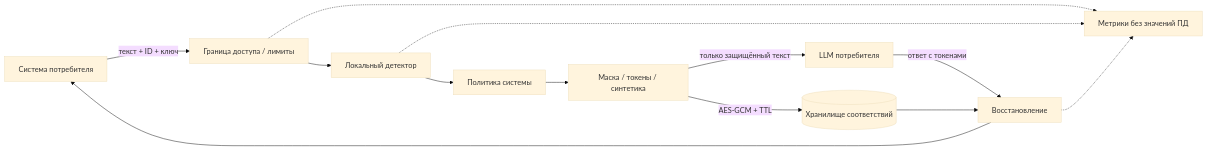
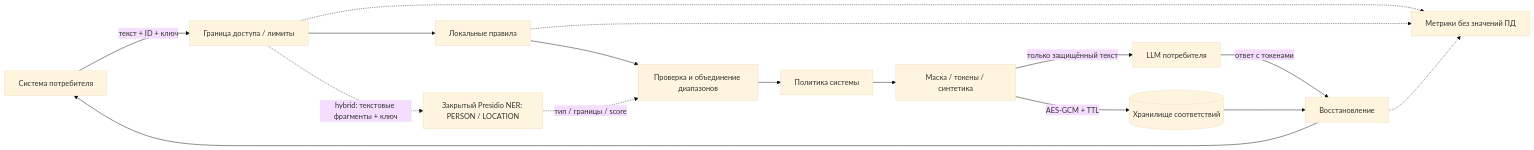
Before and after one commit to L0ckR/seif-pii: the diagram in docs/architecture.md, drawn with Mermaid (base theme). The commit also changed other lines of this file and 57 other files, not shown here.

Commit message:
Add RU and CIS detection with optional bounded Presidio hybrid

````diff
--- a/docs/architecture.md
+++ b/docs/architecture.md
@@ -5,15 +5,18 @@
 ```mermaid
 flowchart LR
   A[Система потребителя] -->|текст + ID + ключ| B[Граница доступа / лимиты]
-  B --> C[Локальный детектор]
-  C --> D[Политика системы]
+  B --> C[Локальные правила]
+  B -.->|hybrid: текстовые фрагменты + ключ| N[Закрытый Presidio NER: PERSON / LOCATION]
+  C --> G[Проверка и объединение диапазонов]
+  N -.->|тип / границы / score| G
+  G --> D[Политика системы]
   D --> E[Маска / токены / синтетика]
   E -->|только защищённый текст| F[LLM потребителя]
   E -->|AES-GCM + TTL| V[(Хранилище соответствий)]
   F -->|ответ с токенами| R[Восстановление]
   V --> R
   R --> A
   B -.-> M[Метрики без значений ПД]
   C -.-> M
   R -.-> M
 ```
````
